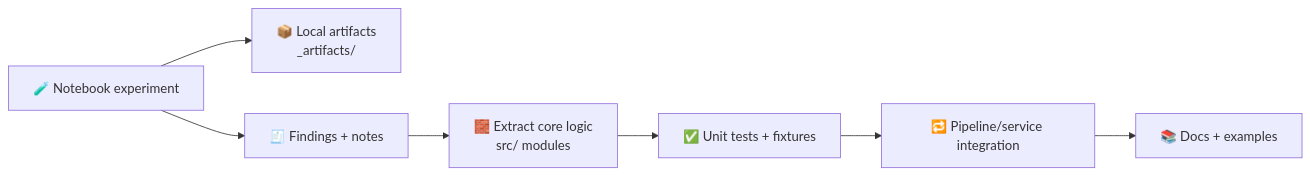
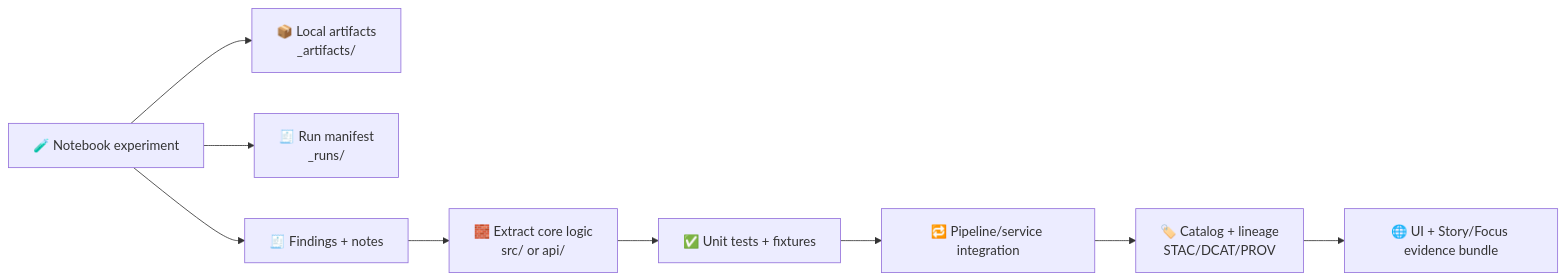
One commit to bartytime4life/Kansas-Frontier-Matrix changed the diagram in notebooks/README.md. Above: the diagram before and after it, drawn with Mermaid. The commit also changed other lines of this file, not shown here.

````diff
--- a/notebooks/README.md
+++ b/notebooks/README.md
@@ -137,9 +224,11 @@
 ```mermaid
 flowchart LR
   A[🧪 Notebook experiment] --> B[📦 Local artifacts<br/>_artifacts/]
+  A --> R[🧾 Run manifest<br/>_runs/]
   A --> C[🧾 Findings + notes]
-  C --> D[🧱 Extract core logic<br/>src/ modules]
+  C --> D[🧱 Extract core logic<br/>src/ or api/]
   D --> E[✅ Unit tests + fixtures]
   E --> F[🔁 Pipeline/service integration]
-  F --> G[📚 Docs + examples]
+  F --> G[🏷️ Catalog + lineage<br/>STAC/DCAT/PROV]
+  G --> H[🌐 UI + Story/Focus evidence bundle]
 ```
````
